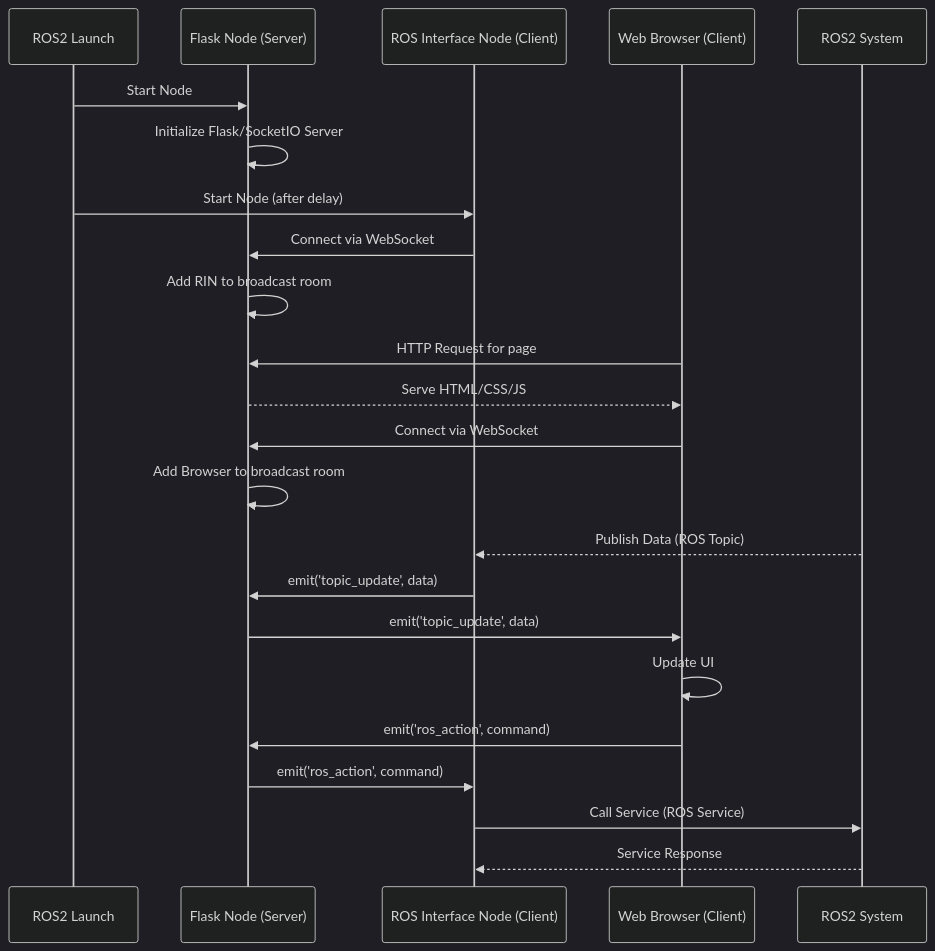
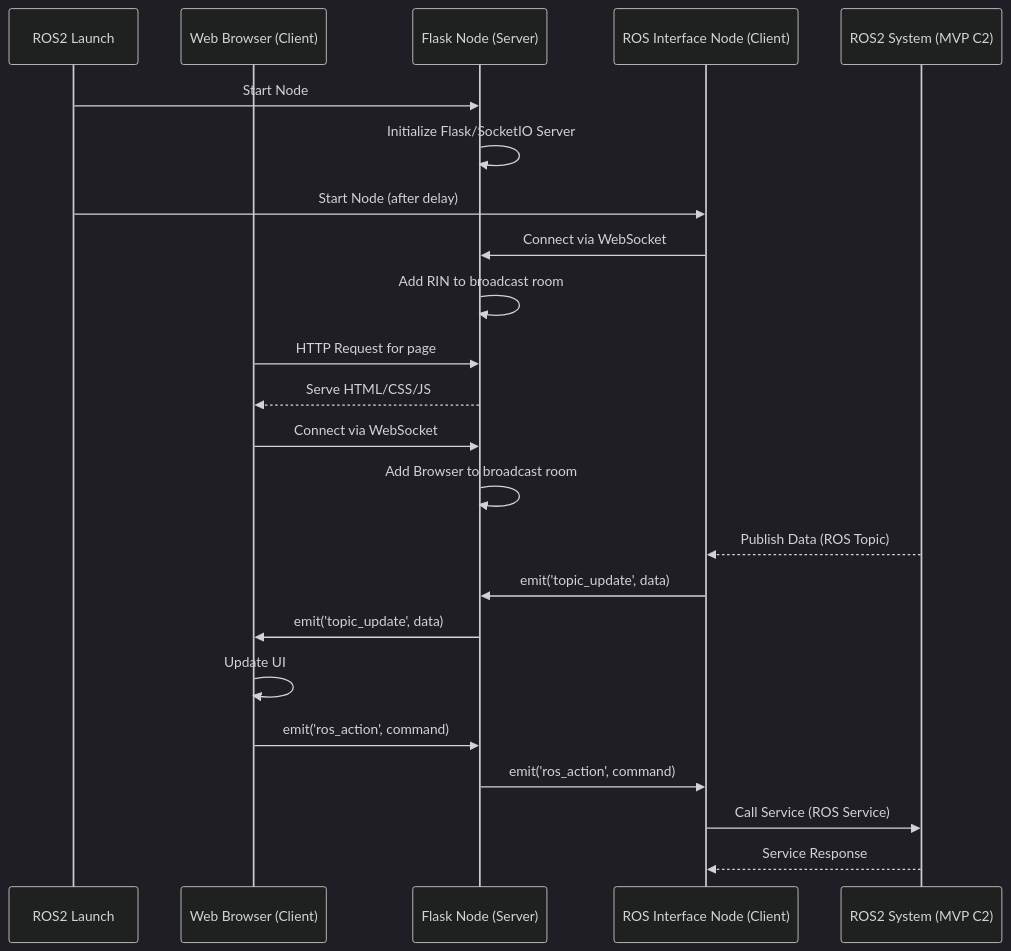
One commit to GSO-soslab/mvp_gui_2 changed the second of 2 diagrams in docs/mvp_gui_2_overview.md. Above: the diagram before and after it, drawn with Mermaid (dark theme).

Commit message:
new documentation

````diff
--- a/docs/mvp_gui_2_overview.md
+++ b/docs/mvp_gui_2_overview.md
@@ -196,29 +196,29 @@
 ```mermaid
 sequenceDiagram
     participant L as ROS2 Launch
+    participant B as Web Browser (Client)
     participant FN as Flask Node (Server)
     participant RIN as ROS Interface Node (Client)
-    participant B as Web Browser (Client)
-    participant RS as ROS2 System
+    participant RS as ROS2 System (MVP C2)
 
     L->>FN: Start Node
     FN->>FN: Initialize Flask/SocketIO Server
     L->>RIN: Start Node (after delay)
     RIN->>FN: Connect via WebSocket
     FN->>FN: Add RIN to broadcast room
     
     B->>FN: HTTP Request for page
     FN-->>B: Serve HTML/CSS/JS
     B->>FN: Connect via WebSocket
     FN->>FN: Add Browser to broadcast room
 
     RS-->>RIN: Publish Data (ROS Topic)
     RIN->>FN: emit('topic_update', data)
     FN->>B: emit('topic_update', data)
     B->>B: Update UI
 
     B->>FN: emit('ros_action', command)
     FN->>RIN: emit('ros_action', command)
     RIN->>RS: Call Service (ROS Service)
     RS-->>RIN: Service Response
 ```
````
